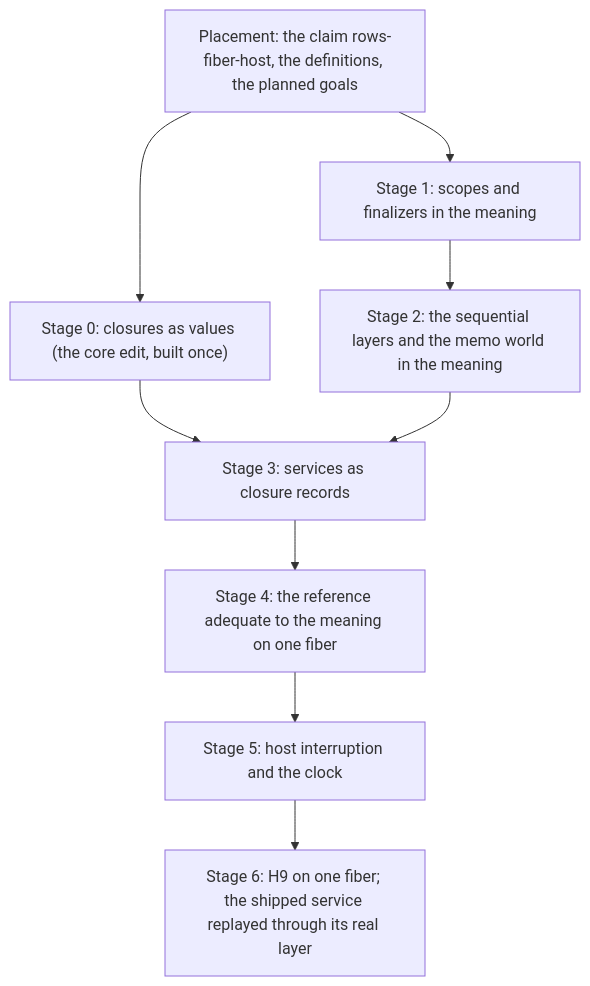
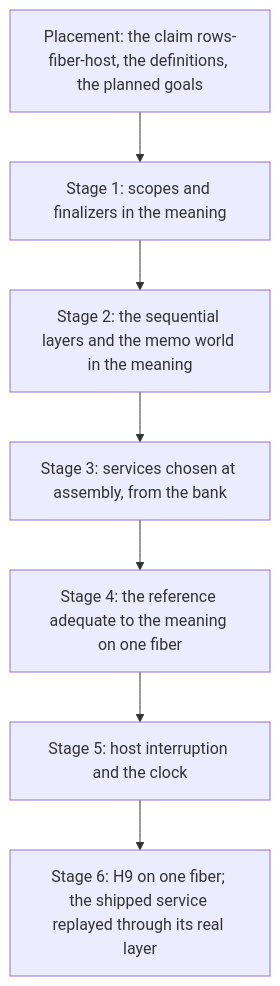
Before and after one commit to pure-algebra/lean4-effect4: the diagram in docs/research/2026-10-14-one-fiber-scout.md, drawn with Mermaid. The commit also changed other lines of this file and 2 other files, not shown here.

Commit message:
decisions row 381: the bank of verified implementations (both claims, every scheduler, link-time choice, verified Effect modules first); SCOPE-1 revised to link-time services

````diff
--- a/docs/research/2026-10-14-one-fiber-scout.md
+++ b/docs/research/2026-10-14-one-fiber-scout.md
@@ -99,19 +99,16 @@
 ```mermaid
 flowchart TD
   P["Placement: the claim rows-fiber-host, the definitions, the planned goals"]
-  S0["Stage 0: closures as values (the core edit, built once)"]
   S1["Stage 1: scopes and finalizers in the meaning"]
   S2["Stage 2: the sequential layers and the memo world in the meaning"]
-  S3["Stage 3: services as closure records"]
+  S3["Stage 3: services chosen at assembly, from the bank"]
   S4["Stage 4: the reference adequate to the meaning on one fiber"]
   S5["Stage 5: host interruption and the clock"]
   S6["Stage 6: H9 on one fiber; the shipped service replayed through its real layer"]
-  P --> S0
   P --> S1
   S1 --> S2
-  S0 --> S3
   S2 --> S3
   S3 --> S4
   S4 --> S5
   S5 --> S6
 ```
````
